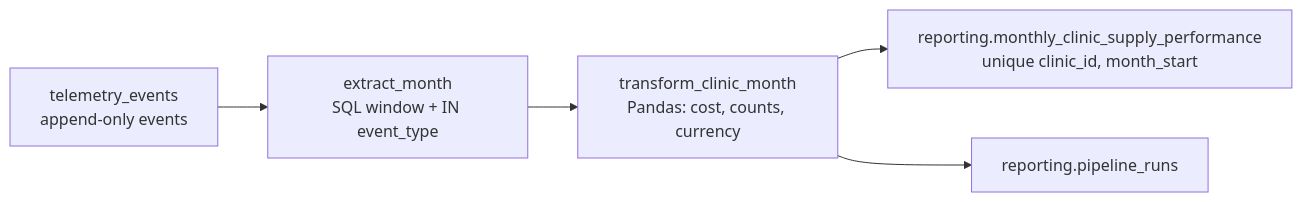
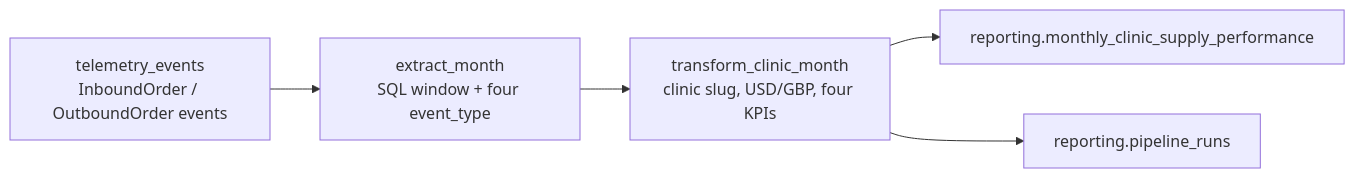
One commit to jpetrucci49/jpetrucci49-ft-ai-engineering-2-company-project-monorepo changed the diagram in data/pipelines/PIPELINE_DESIGN.md. Above: the diagram before and after it, drawn with Mermaid. The commit also changed other lines of this file, not shown here.

````diff
--- a/data/pipelines/PIPELINE_DESIGN.md
+++ b/data/pipelines/PIPELINE_DESIGN.md
@@ -94,10 +94,10 @@
 ```mermaid
 flowchart LR
-  src["telemetry_events<br/>append-only events"]
-  ext["extract_month<br/>SQL window + IN event_type"]
-  trn["transform_clinic_month<br/>Pandas: cost, counts, currency"]
-  dest["reporting.monthly_clinic_supply_performance<br/>unique clinic_id, month_start"]
+  src["telemetry_events<br/>InboundOrder / OutboundOrder events"]
+  ext["extract_month<br/>SQL window + four event_type"]
+  trn["transform_clinic_month<br/>clinic slug, USD/GBP, four KPIs"]
+  dest["reporting.monthly_clinic_supply_performance"]
   log["reporting.pipeline_runs"]
   src --> ext --> trn --> dest
   trn --> log
 ```
````
